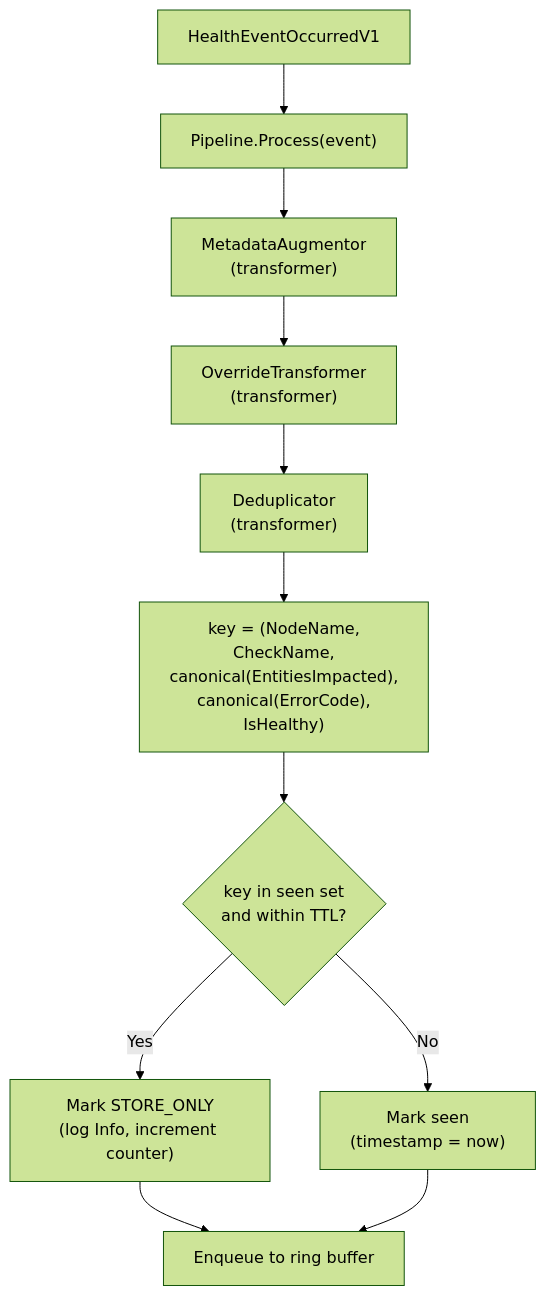
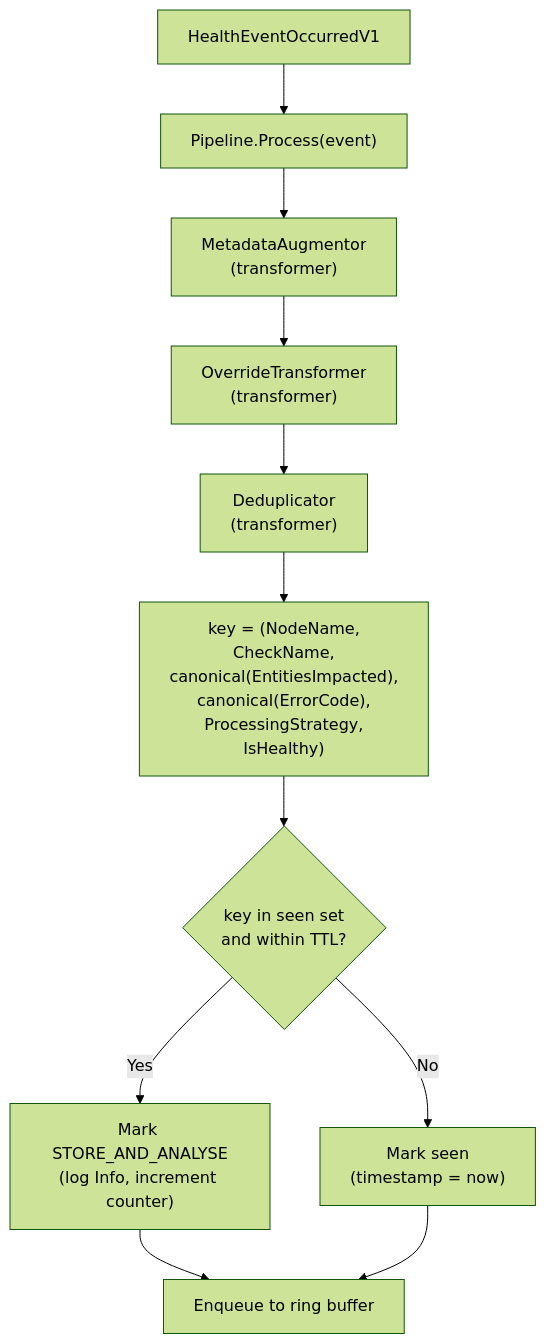
The diagram in docs/designs/039-health-event-deduplication.md (XRFXLP/NVSentinel), drawn with Mermaid (forest theme) before and after one commit. The commit also changed other lines of this file and 4 other files, not shown here.

````diff
--- a/docs/designs/039-health-event-deduplication.md
+++ b/docs/designs/039-health-event-deduplication.md
@@ -25,13 +25,13 @@
 ```mermaid
 flowchart TD
     Recv["HealthEventOccurredV1"] --> Pipe["Pipeline.Process(event)"]
     Pipe --> MA["MetadataAugmentor<br/>(transformer)"]
     MA --> OT["OverrideTransformer<br/>(transformer)"]
     OT --> Dedup["Deduplicator<br/>(transformer)"]
-    Dedup --> KeyExtract["key = (NodeName,<br/>CheckName,<br/>canonical(EntitiesImpacted),<br/>canonical(ErrorCode),<br/>IsHealthy)"]
+    Dedup --> KeyExtract["key = (NodeName,<br/>CheckName,<br/>canonical(EntitiesImpacted),<br/>canonical(ErrorCode),<br/>ProcessingStrategy,<br/>IsHealthy)"]
     KeyExtract --> Seen{"key in seen set<br/>and within TTL?"}
-    Seen -->|Yes| StoreOnly["Mark STORE_ONLY<br/>(log Info, increment counter)"]
+    Seen -->|Yes| StoreAndAnalyse["Mark STORE_AND_ANALYSE<br/>(log Info, increment counter)"]
     Seen -->|No| Mark["Mark seen<br/>(timestamp = now)"]
-    StoreOnly --> Enqueue["Enqueue to ring buffer"]
+    StoreAndAnalyse --> Enqueue["Enqueue to ring buffer"]
     Mark --> Enqueue
 ```
````
